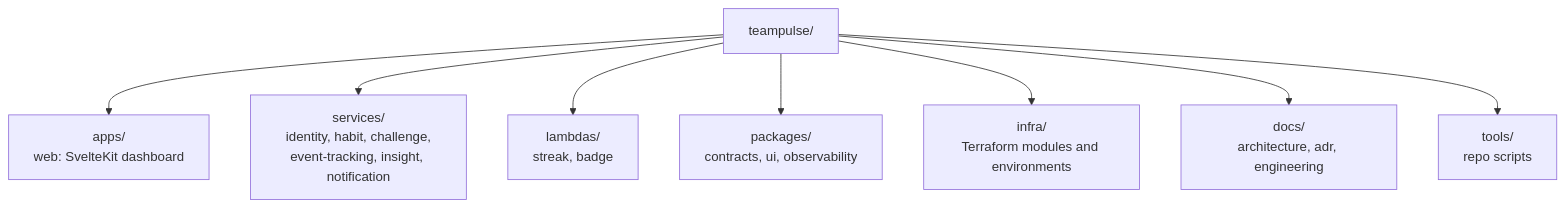
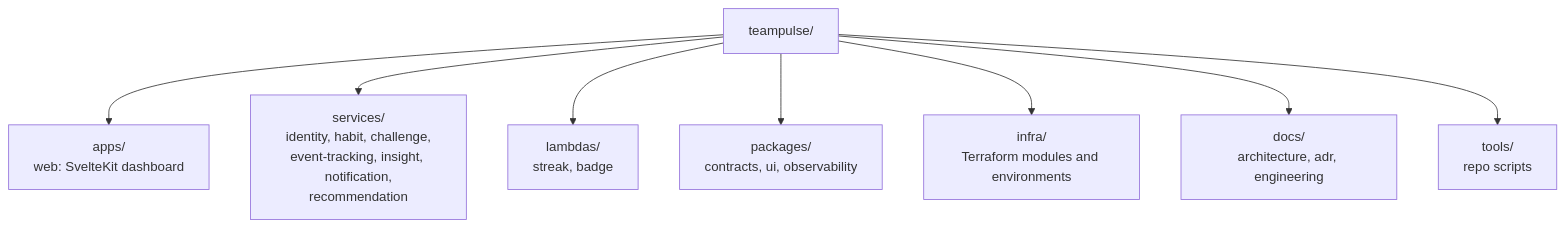
One commit to srikar2000sundram/TEAM_PULSE_ASSIGNMENT changed the diagram in README.md. Above: the diagram before and after it, drawn with Mermaid. The commit also changed other lines of this file and 65 other files, not shown here.

````diff
--- a/README.md
+++ b/README.md
@@ -42,11 +57,11 @@
 ```mermaid
 flowchart TB
     root["teampulse/"]
     root --> apps["apps/<br/>web: SvelteKit dashboard"]
-    root --> services["services/<br/>identity, habit, challenge,<br/>event-tracking, insight, notification"]
+    root --> services["services/<br/>identity, habit, challenge,<br/>event-tracking, insight, notification,<br/>recommendation"]
     root --> lambdas["lambdas/<br/>streak, badge"]
     root --> packages["packages/<br/>contracts, ui, observability"]
     root --> infra["infra/<br/>Terraform modules and environments"]
     root --> docs["docs/<br/>architecture, adr, engineering"]
     root --> tools["tools/<br/>repo scripts"]
 ```
````
